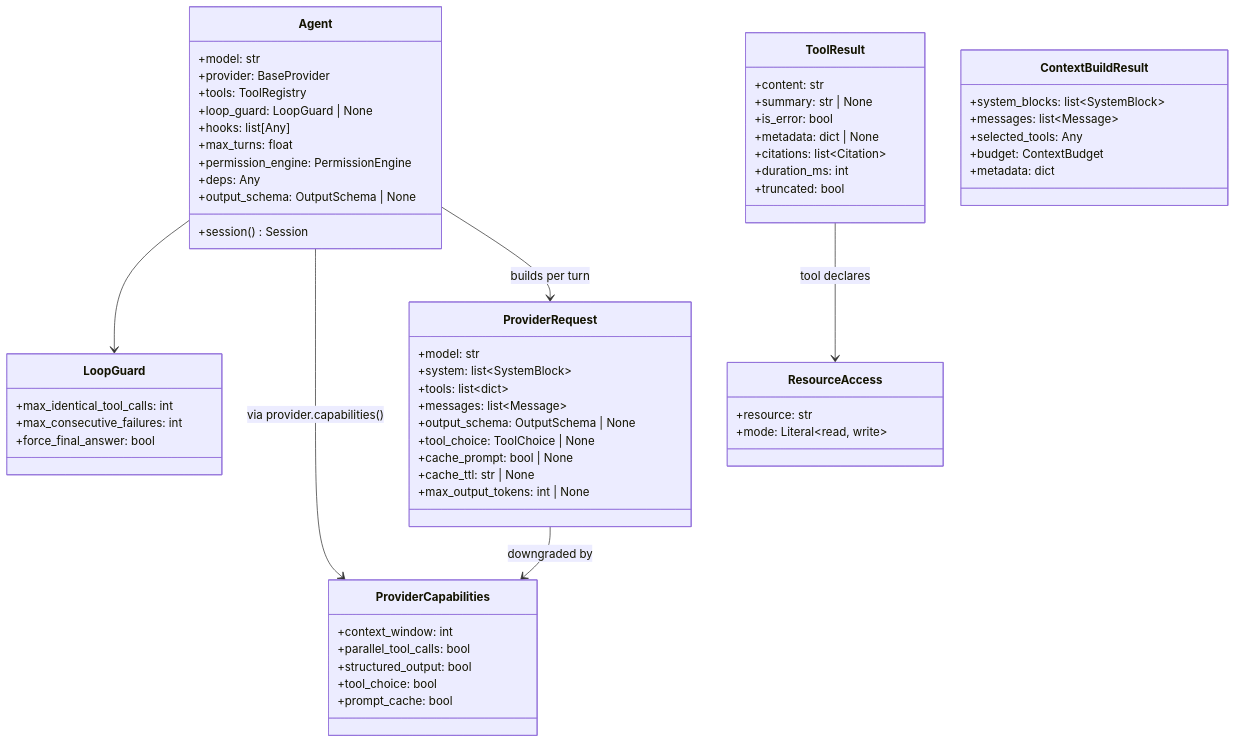
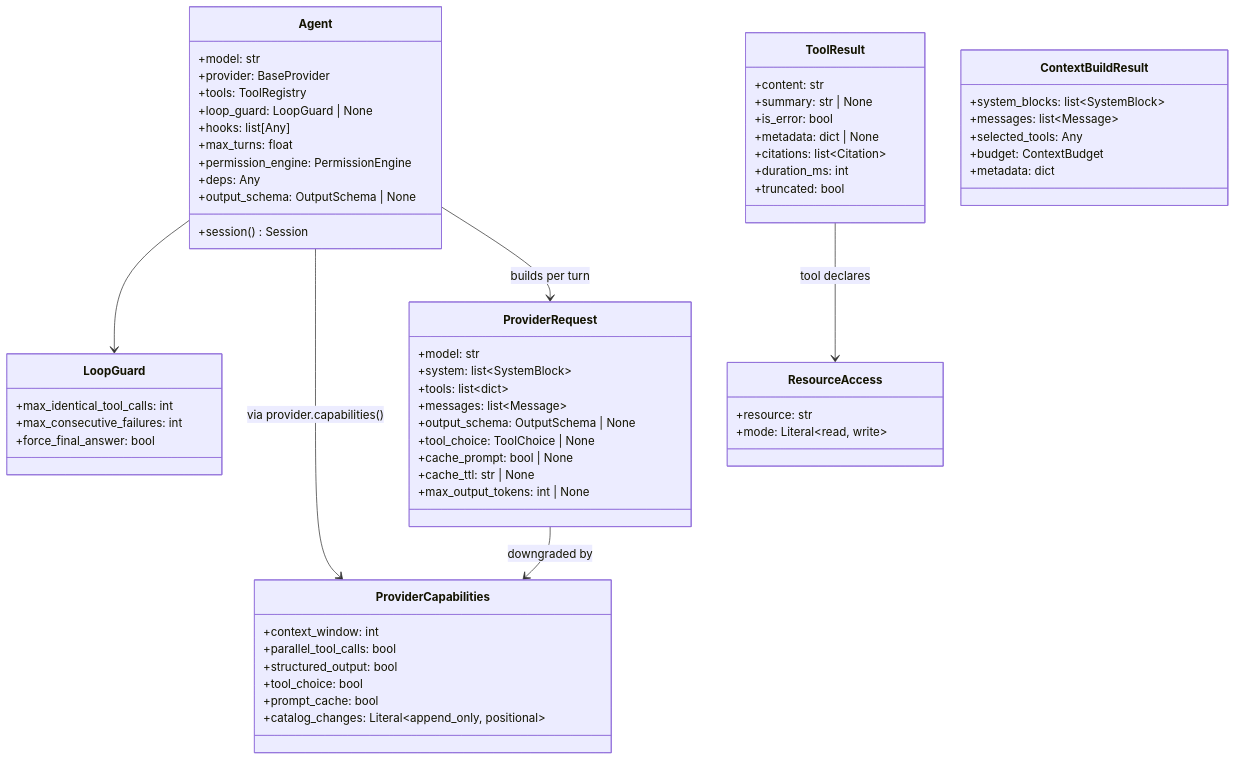
One commit to DuyTa506/linch changed the diagram in docs/architecture/data-types.md. Above: the diagram before and after it, drawn with Mermaid. The commit also changed other lines of this file and 6 other files, not shown here.

````diff
--- a/docs/architecture/data-types.md
+++ b/docs/architecture/data-types.md
@@ -5,70 +5,71 @@
 ```mermaid
 classDiagram
     class Agent {
         +model: str
         +provider: BaseProvider
         +tools: ToolRegistry
         +loop_guard: LoopGuard | None
         +hooks: list[Any]
         +max_turns: float
         +permission_engine: PermissionEngine
         +deps: Any
         +output_schema: OutputSchema | None
         +session() Session
     }
 
     class ProviderRequest {
         +model: str
         +system: list~SystemBlock~
         +tools: list~dict~
         +messages: list~Message~
         +output_schema: OutputSchema | None
         +tool_choice: ToolChoice | None
         +cache_prompt: bool | None
         +cache_ttl: str | None
         +max_output_tokens: int | None
     }
 
     class ProviderCapabilities {
         +context_window: int
         +parallel_tool_calls: bool
         +structured_output: bool
         +tool_choice: bool
         +prompt_cache: bool
+        +catalog_changes: Literal~append_only, positional~
     }
 
     class LoopGuard {
         +max_identical_tool_calls: int
         +max_consecutive_failures: int
         +force_final_answer: bool
     }
 
     class ToolResult {
         +content: str
         +summary: str | None
         +is_error: bool
         +metadata: dict | None
         +citations: list~Citation~
         +duration_ms: int
         +truncated: bool
     }
 
     class ContextBuildResult {
         +system_blocks: list~SystemBlock~
         +messages: list~Message~
         +selected_tools: Any
         +budget: ContextBudget
         +metadata: dict
     }
 
     class ResourceAccess {
         +resource: str
         +mode: Literal~read, write~
     }
 
     Agent --> LoopGuard
     Agent --> ProviderCapabilities : via provider.capabilities()
     Agent --> ProviderRequest : builds per turn
     ProviderRequest --> ProviderCapabilities : downgraded by
     ToolResult --> ResourceAccess : tool declares
 ```
````
